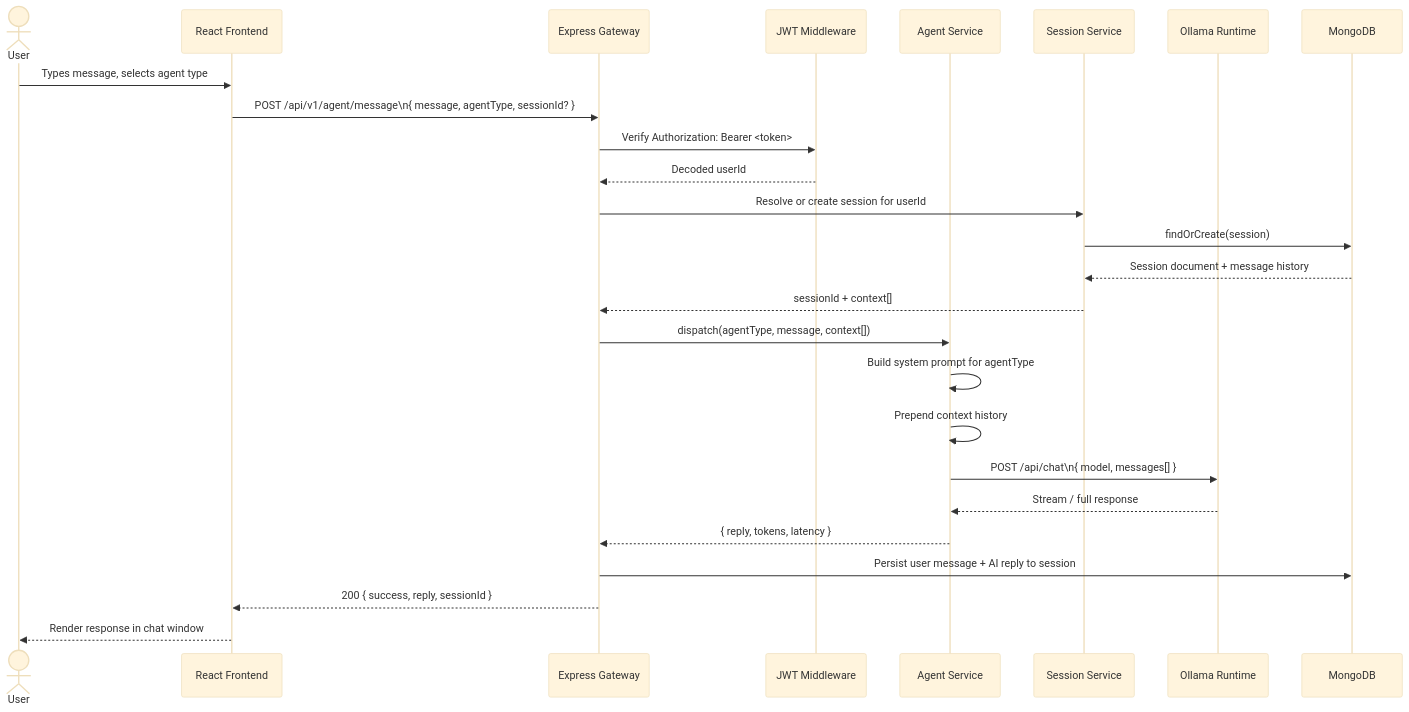
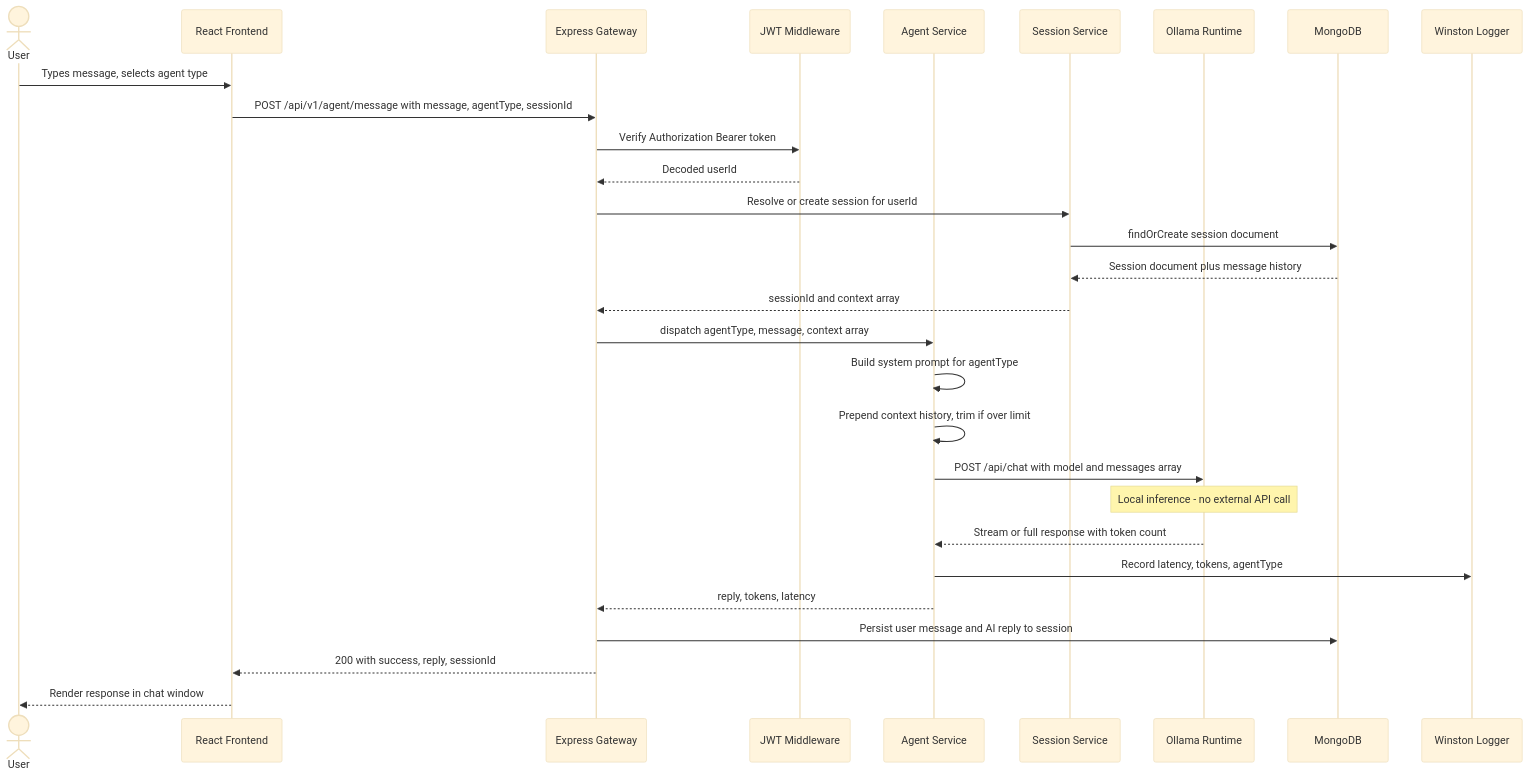
Before and after one commit to hardikkaurani/devsphere-ai: the third of 6 diagrams in README.md, drawn with Mermaid (base theme). The commit also changed other lines of this file, not shown here.

````diff
--- a/README.md
+++ b/README.md
@@ -204,32 +254,37 @@
 ```mermaid
 sequenceDiagram
     actor User
     participant FE as React Frontend
     participant GW as Express Gateway
     participant Auth as JWT Middleware
     participant AgentSvc as Agent Service
     participant SessionSvc as Session Service
     participant Ollama as Ollama Runtime
     participant DB as MongoDB
+    participant Log as Winston Logger
 
     User->>FE: Types message, selects agent type
-    FE->>GW: POST /api/v1/agent/message\n{ message, agentType, sessionId? }
-    GW->>Auth: Verify Authorization: Bearer <token>
+    FE->>GW: POST /api/v1/agent/message with message, agentType, sessionId
+    GW->>Auth: Verify Authorization Bearer token
     Auth-->>GW: Decoded userId
 
     GW->>SessionSvc: Resolve or create session for userId
-    SessionSvc->>DB: findOrCreate(session)
-    DB-->>SessionSvc: Session document + message history
-    SessionSvc-->>GW: sessionId + context[]
+    SessionSvc->>DB: findOrCreate session document
+    DB-->>SessionSvc: Session document plus message history
+    SessionSvc-->>GW: sessionId and context array
 
-    GW->>AgentSvc: dispatch(agentType, message, context[])
+    GW->>AgentSvc: dispatch agentType, message, context array
     AgentSvc->>AgentSvc: Build system prompt for agentType
-    AgentSvc->>AgentSvc: Prepend context history
-    AgentSvc->>Ollama: POST /api/chat\n{ model, messages[] }
-    Ollama-->>AgentSvc: Stream / full response
+    AgentSvc->>AgentSvc: Prepend context history, trim if over limit
+    AgentSvc->>Ollama: POST /api/chat with model and messages array
 
-    AgentSvc-->>GW: { reply, tokens, latency }
-    GW->>DB: Persist user message + AI reply to session
-    GW-->>FE: 200 { success, reply, sessionId }
+    Note over Ollama: Local inference - no external API call
+
+    Ollama-->>AgentSvc: Stream or full response with token count
+
+    AgentSvc->>Log: Record latency, tokens, agentType
+    AgentSvc-->>GW: reply, tokens, latency
+    GW->>DB: Persist user message and AI reply to session
+    GW-->>FE: 200 with success, reply, sessionId
     FE-->>User: Render response in chat window
 ```
````
